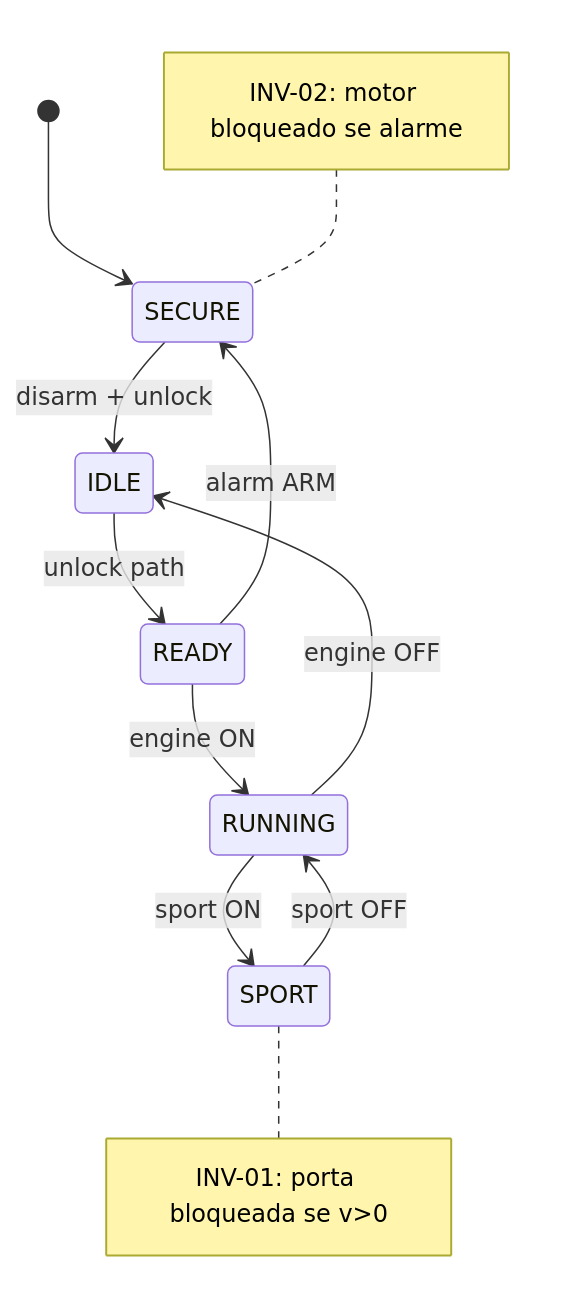
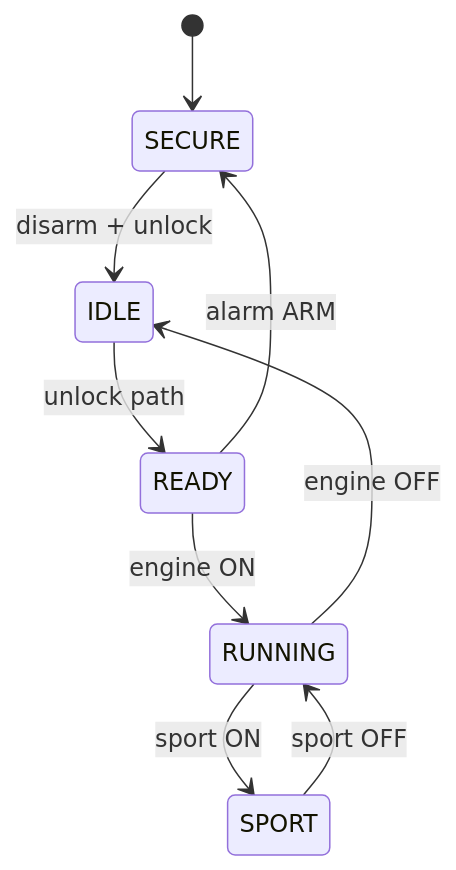
Before and after one commit to CanonEngineer/SmartFerrariIOT: the third of 4 diagrams in README.md, drawn with Mermaid. The commit also changed other lines of this file and 7 other files, not shown here.

````diff
--- a/README.md
+++ b/README.md
@@ -133,17 +146,11 @@
 ```mermaid
 stateDiagram-v2
   [*] --> SECURE
   SECURE --> IDLE: disarm + unlock
   IDLE --> READY: unlock path
   READY --> RUNNING: engine ON
   RUNNING --> SPORT: sport ON
   SPORT --> RUNNING: sport OFF
   RUNNING --> IDLE: engine OFF
   READY --> SECURE: alarm ARM
-  note right of SPORT
-    INV-01: porta bloqueada se v>0
-  end note
-  note left of SECURE
-    INV-02: motor bloqueado se alarme
-  end note
 ```
````
